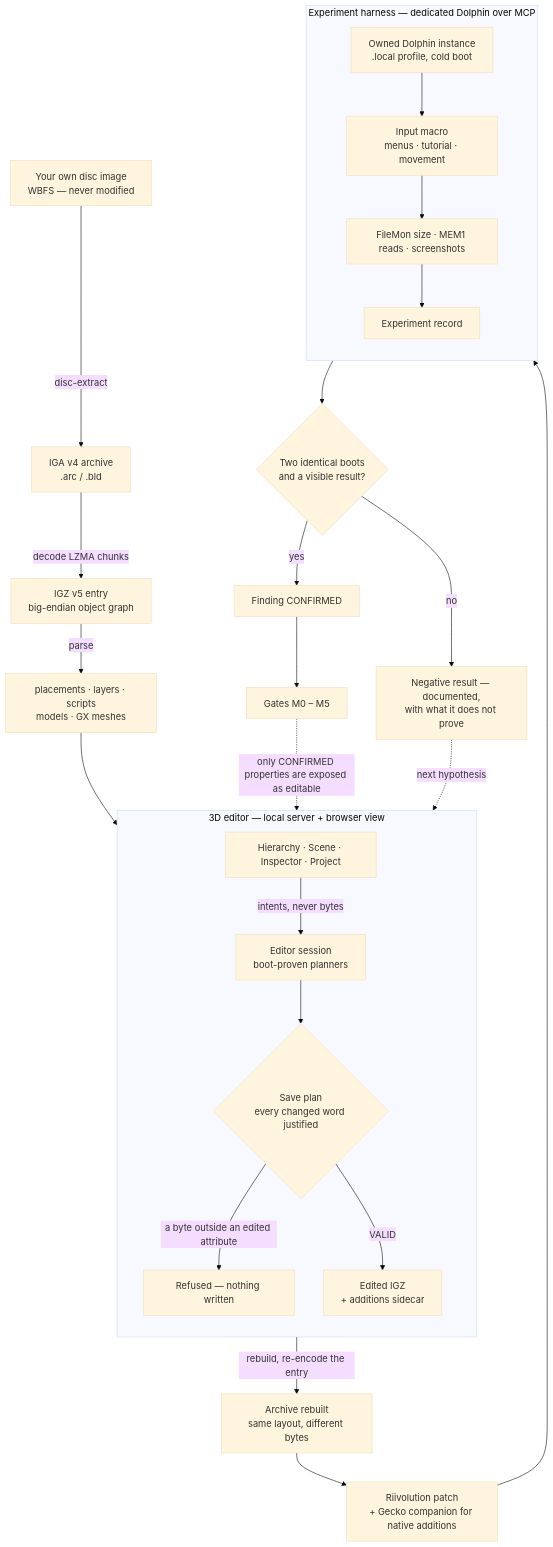
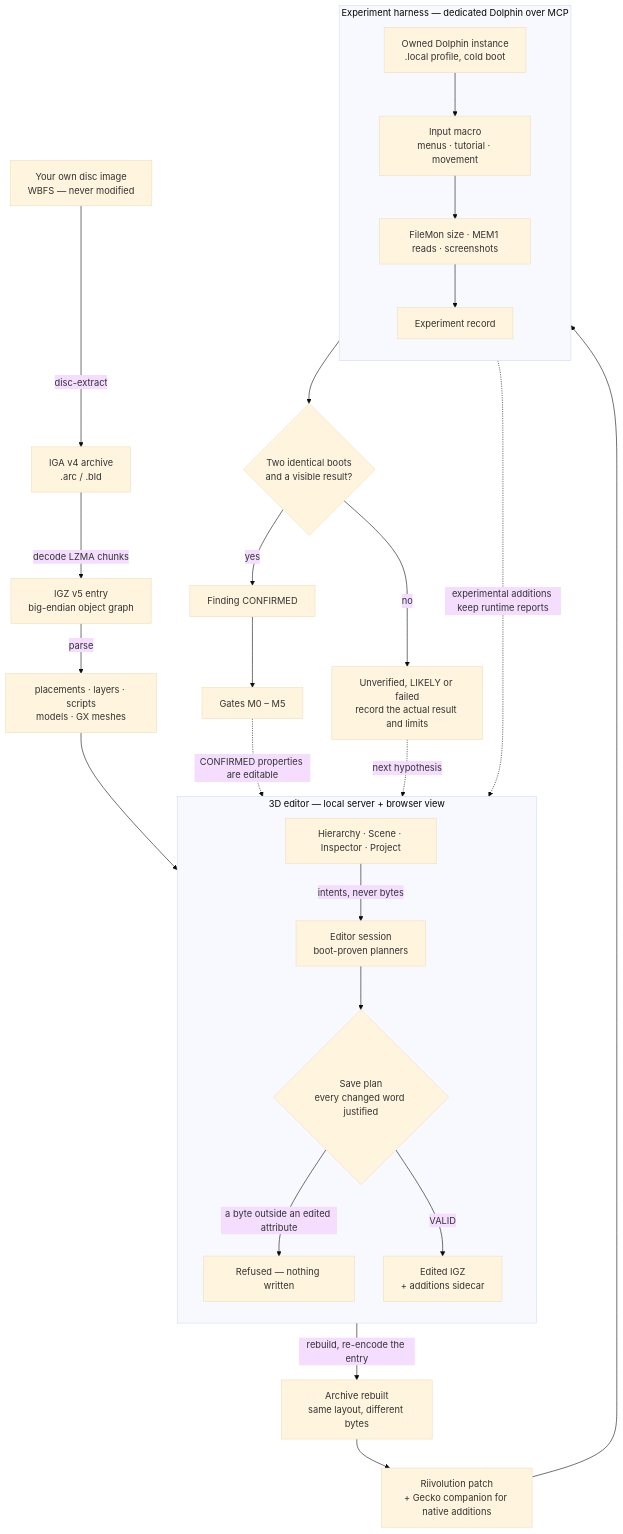
One commit to DEX-zha/PortalForge changed the diagram in README.md. Above: the diagram before and after it, drawn with Mermaid (base theme). The commit also changed other lines of this file and 73 other files, not shown here.

````diff
--- a/README.md
+++ b/README.md
@@ -113,42 +159,43 @@
 ```mermaid
 flowchart TD
     A["Your own disc image<br/>WBFS — never modified"] -->|disc-extract| B["IGA v4 archive<br/>.arc / .bld"]
     B -->|decode LZMA chunks| C["IGZ v5 entry<br/>big-endian object graph"]
     C -->|parse| D["placements · layers · scripts<br/>models · GX meshes"]
 
     subgraph EDIT["3D editor — local server + browser view"]
         direction TB
         E["Hierarchy · Scene · Inspector · Project"]
         F["Editor session<br/>boot-proven planners"]
         G{"Save plan<br/>every changed word justified"}
         H["Refused — nothing written"]
         I["Edited IGZ<br/>+ additions sidecar"]
         E -->|intents, never bytes| F
         F --> G
         G -->|a byte outside an edited attribute| H
         G -->|VALID| I
     end
 
     D --> E
 
     I -->|rebuild, re-encode the entry| J["Archive rebuilt<br/>same layout, different bytes"]
     J --> K["Riivolution patch<br/>+ Gecko companion for native additions"]
 
     subgraph RUN["Experiment harness — dedicated Dolphin over MCP"]
         direction TB
         L["Owned Dolphin instance<br/>.local profile, cold boot"]
         M["Input macro<br/>menus · tutorial · movement"]
         N["FileMon size · MEM1 reads · screenshots"]
         O["Experiment record"]
         L --> M --> N --> O
     end
 
     K --> L
 
     O --> P{"Two identical boots<br/>and a visible result?"}
-    P -->|no| Q["Negative result — documented,<br/>with what it does not prove"]
+    P -->|no| Q["Unverified, LIKELY or failed<br/>record the actual result and limits"]
     P -->|yes| R["Finding CONFIRMED"]
     R --> S["Gates M0 – M5"]
-    S -.->|only CONFIRMED properties are exposed as editable| E
+    S -.->|CONFIRMED properties are editable| E
+    O -.->|experimental additions keep runtime reports| E
     Q -.->|next hypothesis| F
 ```
````
